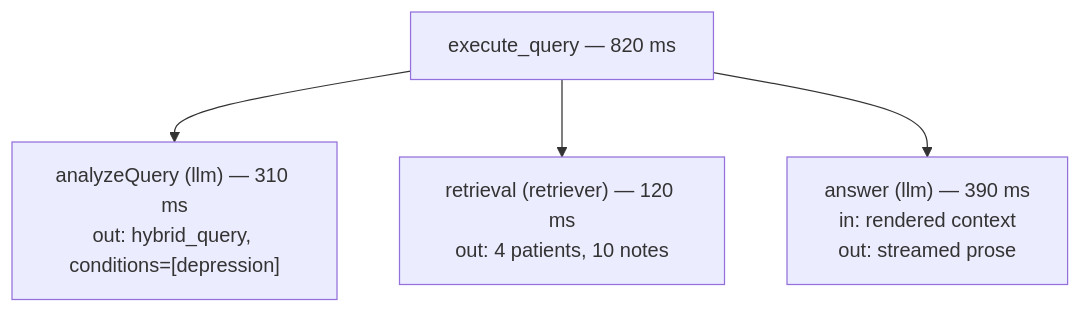
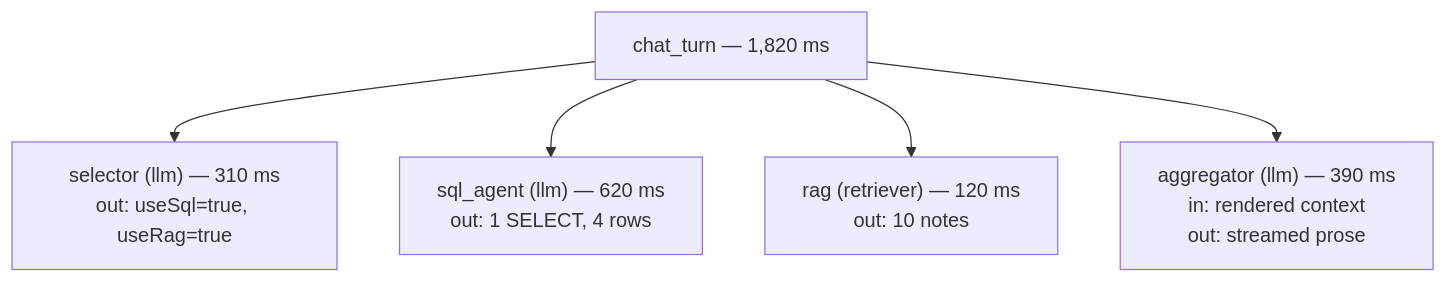
Before and after one commit to projectshft/parsity_medical_rag: the diagram in curriculum/w4-01-observability.md, drawn with Mermaid. The commit also changed other lines of this file and 34 other files, not shown here.

First line of the commit message:
curriculum: full authoring pass against the current architecture

````diff
--- a/curriculum/w4-01-observability.md
+++ b/curriculum/w4-01-observability.md
@@ -19,6 +19,7 @@
 ```mermaid
 flowchart TD
-    T["execute_query — 820 ms"] --> A["analyzeQuery (llm) — 310 ms<br/>out: hybrid_query, conditions=[depression]"]
-    T --> R["retrieval (retriever) — 120 ms<br/>out: 4 patients, 10 notes"]
-    T --> L["answer (llm) — 390 ms<br/>in: rendered context<br/>out: streamed prose"]
+    T["chat_turn — 1,820 ms"] --> A["selector (llm) — 310 ms<br/>out: useSql=true, useRag=true"]
+    T --> Q["sql_agent (llm) — 620 ms<br/>out: 1 SELECT, 4 rows"]
+    T --> R["rag (retriever) — 120 ms<br/>out: 10 notes"]
+    T --> L["aggregator (llm) — 390 ms<br/>in: rendered context<br/>out: streamed prose"]
 ```
````
